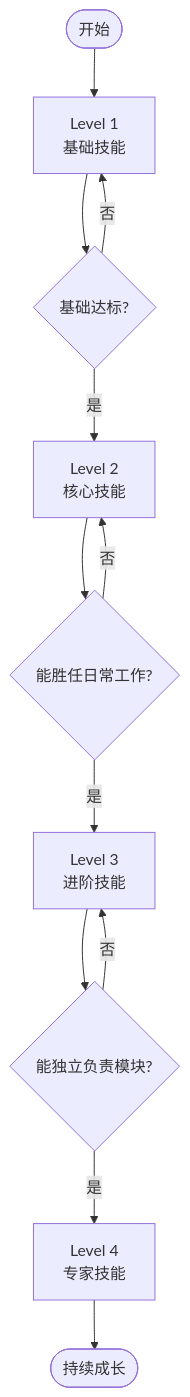
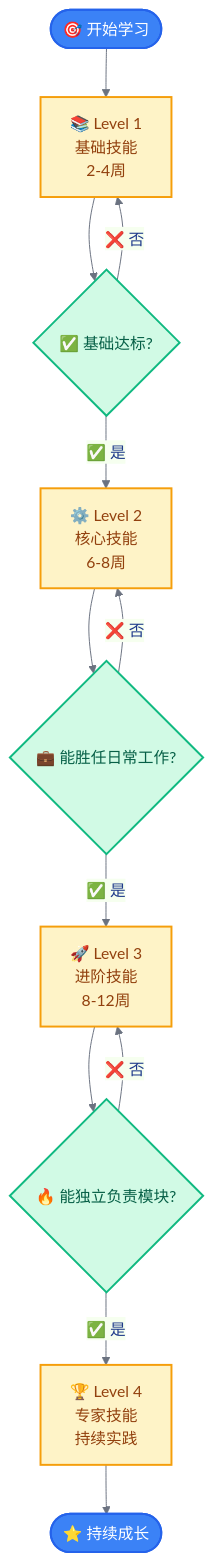
One commit to hata33/ruoyi-fastapi-full-stack changed the fifth of 5 diagrams in ruoyi-fastapi-backend/docs/learning/06-后端知识地图/04-技术能力矩阵.md. Above: the diagram before and after it, drawn with Mermaid. The commit also changed other lines of this file and 9 other files, not shown here.

````diff
--- a/ruoyi-fastapi-backend/docs/learning/06-后端知识地图/04-技术能力矩阵.md
+++ b/ruoyi-fastapi-backend/docs/learning/06-后端知识地图/04-技术能力矩阵.md
@@ -141,14 +265,29 @@
 ```mermaid
+%%{init: {'theme': 'base', 'themeVariables': {
+  'primaryColor': '#EFF6FF',
+  'primaryTextColor': '#1e3a8a',
+  'primaryBorderColor': '#3B82F6',
+  'lineColor': '#6B7280'
+}}}%%
 flowchart TB
-    Start([开始]) --> L1[Level 1<br/>基础技能]
-    L1 --> Check1{基础达标?}
-    Check1 -->|否| L1
-    Check1 -->|是| L2[Level 2<br/>核心技能]
-    L2 --> Check2{能胜任日常工作?}
-    Check2 -->|否| L2
-    Check2 -->|是| L3[Level 3<br/>进阶技能]
-    L3 --> Check3{能独立负责模块?}
-    Check3 -->|否| L3
-    Check3 -->|是| L4[Level 4<br/>专家技能]
-    L4 --> Master([持续成长])
+    Start([🎯 开始学习]) --> L1["📚 Level 1<br/>基础技能<br/>2-4周"]
+    L1 --> Check1{"✅ 基础达标?"}
+    Check1 -->|❌ 否| L1
+    Check1 -->|✅ 是| L2["⚙️ Level 2<br/>核心技能<br/>6-8周"]
+    L2 --> Check2{"💼 能胜任日常工作?"}
+    Check2 -->|❌ 否| L2
+    Check2 -->|✅ 是| L3["🚀 Level 3<br/>进阶技能<br/>8-12周"]
+    L3 --> Check3{"🔥 能独立负责模块?"}
+    Check3 -->|❌ 否| L3
+    Check3 -->|✅ 是| L4["🏆 Level 4<br/>专家技能<br/>持续实践"]
+    L4 --> Master([⭐ 持续成长])
+
+    classDef startEnd fill:#3B82F6,stroke:#2563EB,color:#fff,stroke-width:2px
+    classDef level fill:#FEF3C7,stroke:#F59E0B,stroke-width:2px,color:#92400e
+    classDef decision fill:#D1FAE5,stroke:#10B981,stroke-width:2px,color:#065f46
+    classDef master fill:#EDE9FE,stroke:#8B5CF6,stroke-width:2px,color:#5b21b6
+
+    class Start,Master startEnd
+    class L1,L2,L3,L4 level
+    class Check1,Check2,Check3 decision
 ```
````
